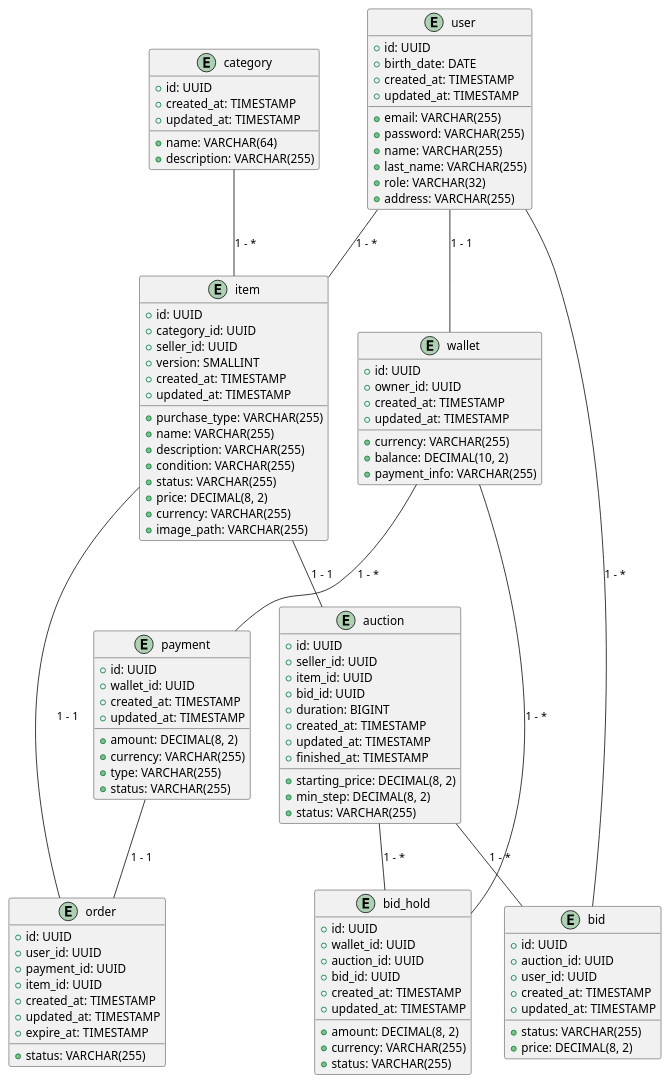
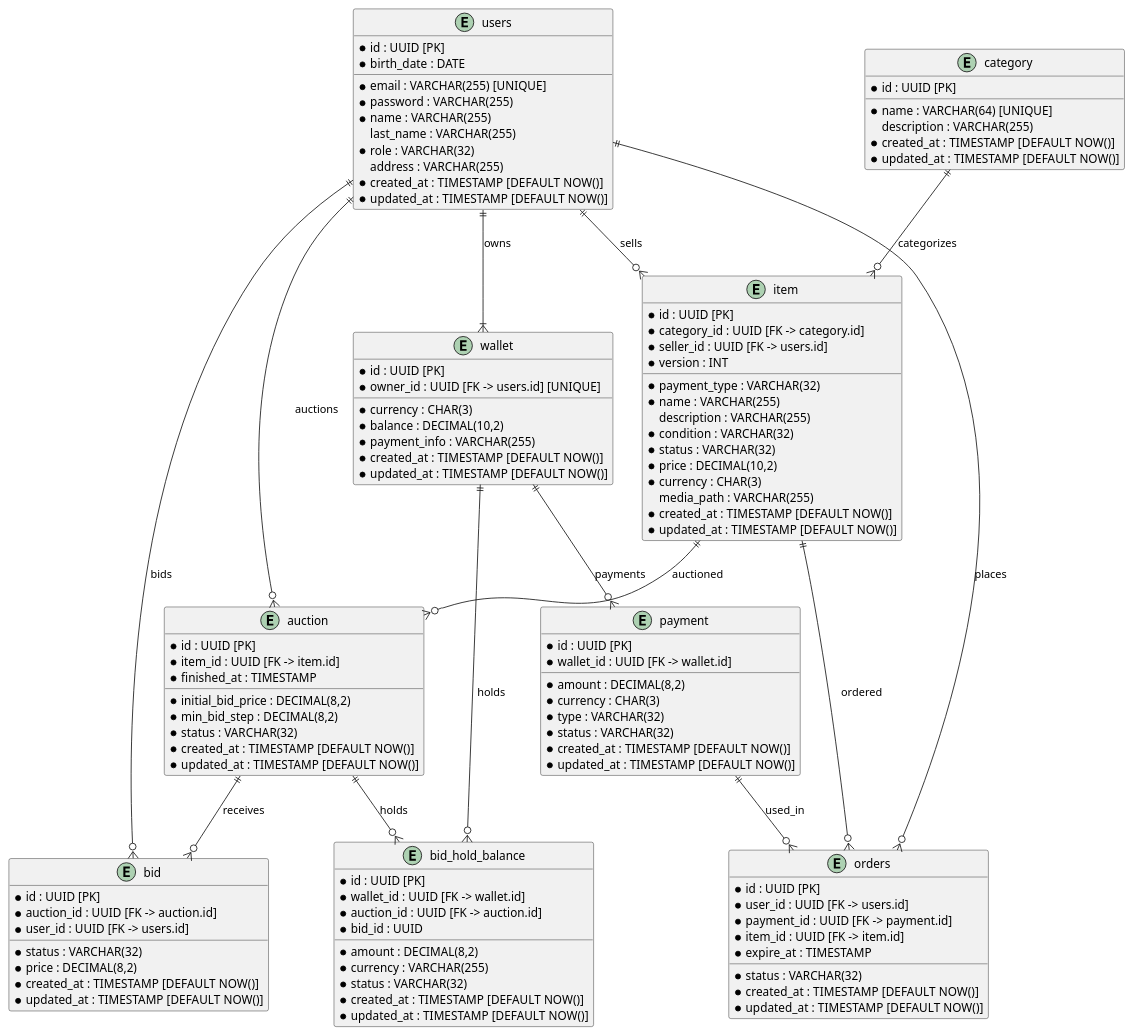
The diagram in service/src/main/resources/db_schema.puml (yayauheny/art-market), drawn with PlantUML before and after one commit. The commit also changed 24 other files, not shown here.

```diff
--- a/service/src/main/resources/db_schema.puml
+++ b/service/src/main/resources/db_schema.puml
@@ -1,121 +1,120 @@
 @startuml
 
-entity "user" {
-  +id: UUID
-  +email: VARCHAR(255)
-  +password: VARCHAR(255)
-  +name: VARCHAR(255)
-  +last_name: VARCHAR(255)
-  +role: VARCHAR(32)
-  +address: VARCHAR(255)
-  +birth_date: DATE
-  +created_at: TIMESTAMP
-  +updated_at: TIMESTAMP
+entity users {
+    *id : UUID [PK]
+    *email : VARCHAR(255) [UNIQUE]
+    *password : VARCHAR(255)
+    *name : VARCHAR(255)
+    last_name : VARCHAR(255)
+    *role : VARCHAR(32)
+    address : VARCHAR(255)
+    *birth_date : DATE
+    *created_at : TIMESTAMP [DEFAULT NOW()]
+    *updated_at : TIMESTAMP [DEFAULT NOW()]
 }
 
-entity "wallet" {
-  +id: UUID
-  +owner_id: UUID
-  +currency: VARCHAR(255)
-  +balance: DECIMAL(10, 2)
-  +payment_info: VARCHAR(255)
-  +created_at: TIMESTAMP
-  +updated_at: TIMESTAMP
+entity wallet {
+    *id : UUID [PK]
+    *owner_id : UUID [FK -> users.id] [UNIQUE]
+    *currency : CHAR(3)
+    *balance : DECIMAL(10,2)
+    *payment_info : VARCHAR(255)
+    *created_at : TIMESTAMP [DEFAULT NOW()]
+    *updated_at : TIMESTAMP [DEFAULT NOW()]
 }
 
-entity "category" {
-  +id: UUID
-  +name: VARCHAR(64)
-  +description: VARCHAR(255)
-  +created_at: TIMESTAMP
-  +updated_at: TIMESTAMP
+entity category {
+    *id : UUID [PK]
+    *name : VARCHAR(64) [UNIQUE]
+    description : VARCHAR(255)
+    *created_at : TIMESTAMP [DEFAULT NOW()]
+    *updated_at : TIMESTAMP [DEFAULT NOW()]
 }
 
-entity "item" {
-  +id: UUID
-  +category_id: UUID
-  +seller_id: UUID
-  +purchase_type: VARCHAR(255)
-  +name: VARCHAR(255)
-  +description: VARCHAR(255)
-  +condition: VARCHAR(255)
-  +status: VARCHAR(255)
-  +price: DECIMAL(8, 2)
-  +currency: VARCHAR(255)
-  +image_path: VARCHAR(255)
-  +version: SMALLINT
-  +created_at: TIMESTAMP
-  +updated_at: TIMESTAMP
+entity item {
+    *id : UUID [PK]
+    *category_id : UUID [FK -> category.id]
+    *seller_id : UUID [FK -> users.id]
+    *payment_type : VARCHAR(32)
+    *name : VARCHAR(255)
+    description : VARCHAR(255)
+    *condition : VARCHAR(32)
+    *status : VARCHAR(32)
+    *price : DECIMAL(10,2)
+    *currency : CHAR(3)
+    media_path : VARCHAR(255)
+    *version : INT
+    *created_at : TIMESTAMP [DEFAULT NOW()]
+    *updated_at : TIMESTAMP [DEFAULT NOW()]
 }
 
-entity "auction" {
-  +id: UUID
-  +seller_id: UUID
-  +item_id: UUID
-  +bid_id: UUID
-  +starting_price: DECIMAL(8, 2)
-  +min_step: DECIMAL(8, 2)
-  +status: VARCHAR(255)
-  +duration: BIGINT
-  +created_at: TIMESTAMP
-  +updated_at: TIMESTAMP
-  +finished_at: TIMESTAMP
+entity auction {
+    *id : UUID [PK]
+    *item_id : UUID [FK -> item.id]
+    *initial_bid_price : DECIMAL(8,2)
+    *min_bid_step : DECIMAL(8,2)
+    *status : VARCHAR(32)
+    *created_at : TIMESTAMP [DEFAULT NOW()]
+    *updated_at : TIMESTAMP [DEFAULT NOW()]
+    *finished_at : TIMESTAMP
 }
 
-entity "bid" {
-  +id: UUID
-  +auction_id: UUID
-  +user_id: UUID
-  +status: VARCHAR(255)
-  +price: DECIMAL(8, 2)
-  +created_at: TIMESTAMP
-  +updated_at: TIMESTAMP
+entity bid {
+    *id : UUID [PK]
+    *auction_id : UUID [FK -> auction.id]
+    *user_id : UUID [FK -> users.id]
+    *status : VARCHAR(32)
+    *price : DECIMAL(8,2)
+    *created_at : TIMESTAMP [DEFAULT NOW()]
+    *updated_at : TIMESTAMP [DEFAULT NOW()]
 }
 
-entity "payment" {
-  +id: UUID
-  +wallet_id: UUID
-  +amount: DECIMAL(8, 2)
-  +currency: VARCHAR(255)
-  +type: VARCHAR(255)
-  +status: VARCHAR(255)
-  +created_at: TIMESTAMP
-  +updated_at: TIMESTAMP
+entity payment {
+    *id : UUID [PK]
+    *wallet_id : UUID [FK -> wallet.id]
+    *amount : DECIMAL(8,2)
+    *currency : CHAR(3)
+    *type : VARCHAR(32)
+    *status : VARCHAR(32)
+    *created_at : TIMESTAMP [DEFAULT NOW()]
+    *updated_at : TIMESTAMP [DEFAULT NOW()]
 }
 
-entity "order" {
-  +id: UUID
-  +user_id: UUID
-  +payment_id: UUID
-  +item_id: UUID
-  +status: VARCHAR(255)
-  +created_at: TIMESTAMP
-  +updated_at: TIMESTAMP
-  +expire_at: TIMESTAMP
+entity orders {
+    *id : UUID [PK]
+    *user_id : UUID [FK -> users.id]
+    *payment_id : UUID [FK -> payment.id]
+    *item_id : UUID [FK -> item.id]
+    *status : VARCHAR(32)
+    *created_at : TIMESTAMP [DEFAULT NOW()]
+    *updated_at : TIMESTAMP [DEFAULT NOW()]
+    *expire_at : TIMESTAMP
 }
 
-entity "bid_hold" {
-  +id: UUID
-  +wallet_id: UUID
-  +auction_id: UUID
-  +bid_id: UUID
-  +amount: DECIMAL(8, 2)
-  +currency: VARCHAR(255)
-  +status: VARCHAR(255)
-  +created_at: TIMESTAMP
-  +updated_at: TIMESTAMP
+entity bid_hold_balance {
+    *id : UUID [PK]
+    *wallet_id : UUID [FK -> wallet.id]
+    *auction_id : UUID [FK -> auction.id]
+    *bid_id : UUID
+    *amount : DECIMAL(8,2)
+    *currency : VARCHAR(255)
+    *status : VARCHAR(32)
+    *created_at : TIMESTAMP [DEFAULT NOW()]
+    *updated_at : TIMESTAMP [DEFAULT NOW()]
 }
 
-"user" -- "wallet" : "1 - 1"
-"category" -- "item" : "1 - *"
-"user" -- "item" : "1 - *"
-"item" -- "auction" : "1 - 1"
-"auction" -- "bid" : "1 - *"
-"user" -- "bid" : "1 - *"
-"wallet" -- "payment" : "1 - *"
-"payment" -- "order" : "1 - 1"
-"item" -- "order" : "1 - 1"
-"wallet" -- "bid_hold" : "1 - *"
-"auction" -- "bid_hold" : "1 - *"
+users ||--|{ wallet : owns
+users ||--o{ item : sells
+users ||--o{ auction : auctions
+users ||--o{ bid : bids
+users ||--o{ orders : places
+wallet ||--o{ payment : payments
+wallet ||--o{ bid_hold_balance : holds
+category ||--o{ item : categorizes
+item ||--o{ auction : auctioned
+item ||--o{ orders : ordered
+auction ||--o{ bid : receives
+auction ||--o{ bid_hold_balance : holds
+payment ||--o{ orders : used_in
 
 @enduml
```
